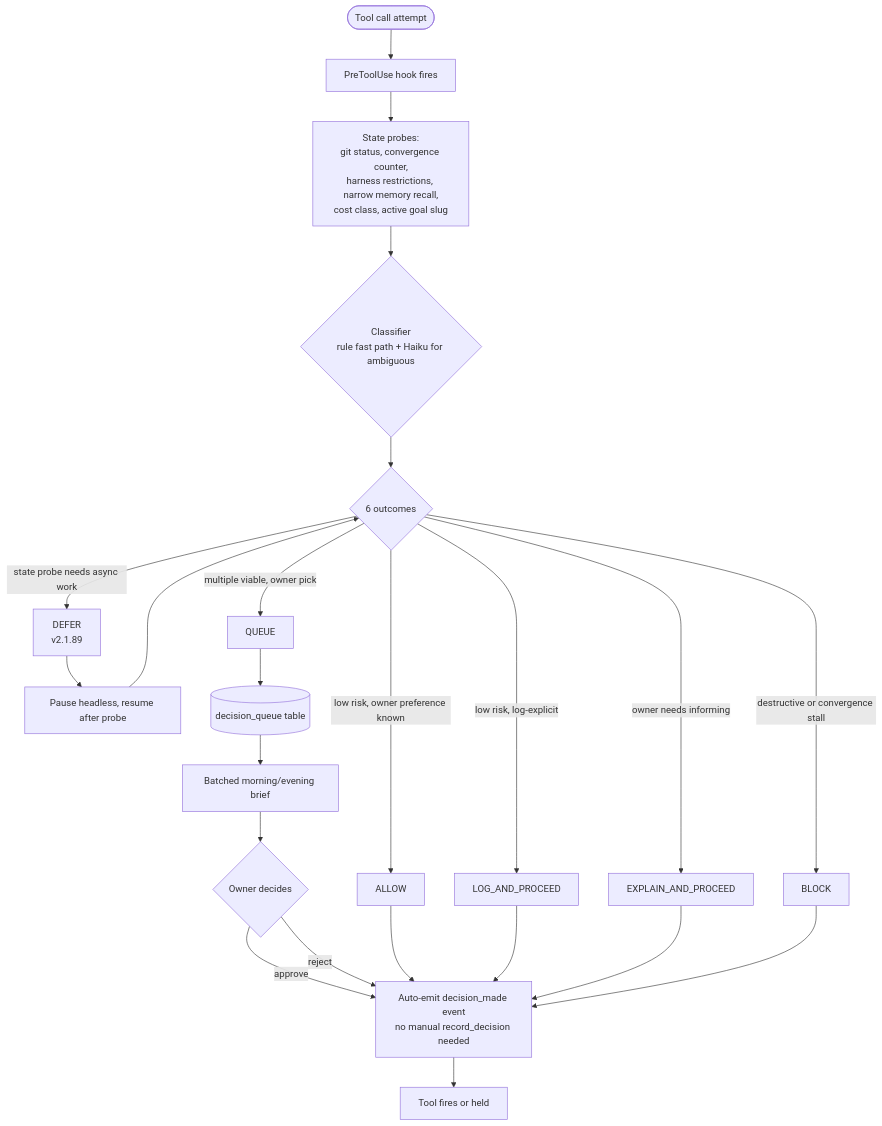
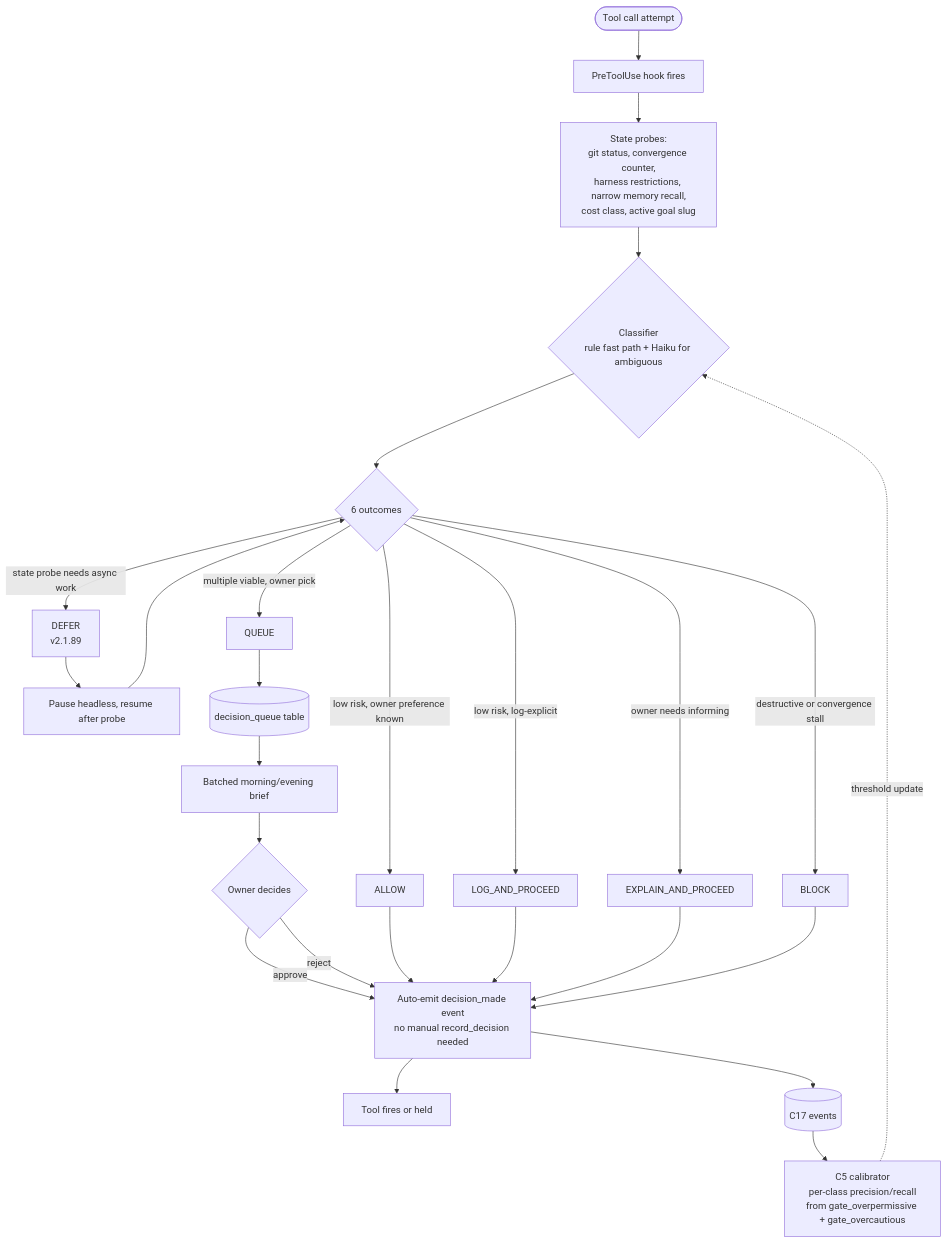
Before and after one commit to Osasuwu/jarvis: the third of 8 diagrams in docs/design/jarvis-flows.md, drawn with Mermaid. The commit also changed other lines of this file and 7 other files, not shown here.

````diff
--- a/docs/design/jarvis-flows.md
+++ b/docs/design/jarvis-flows.md
@@ -115,29 +127,32 @@
 ```mermaid
 flowchart TB
     start([Tool call attempt]) --> hook[PreToolUse hook fires]
     hook --> probes[State probes:<br/>git status, convergence counter,<br/>harness restrictions, narrow memory recall,<br/>cost class, active goal slug]
     probes --> classify{Classifier<br/>rule fast path + Haiku for ambiguous}
     classify --> outcome{6 outcomes}
 
     outcome -->|low risk, owner preference known| allow[ALLOW]
     outcome -->|low risk, log-explicit| log[LOG_AND_PROCEED]
     outcome -->|owner needs informing| explain[EXPLAIN_AND_PROCEED]
     outcome -->|state probe needs async work| defer[DEFER<br/>v2.1.89]
     outcome -->|multiple viable, owner pick| queue[QUEUE]
     outcome -->|destructive or convergence stall| block[BLOCK]
 
     defer --> resume[Pause headless, resume after probe] --> outcome
     queue --> qtbl[(decision_queue table)]
     qtbl --> brief[Batched morning/evening brief]
     brief --> ownerd{Owner decides}
     ownerd -->|approve| emit
     ownerd -->|reject| emit
 
     allow --> emit
     log --> emit
     explain --> emit
     block --> emit
 
     emit[Auto-emit decision_made event<br/>no manual record_decision needed]
     emit --> action[Tool fires or held]
+    emit --> events[(C17 events)]
+    events --> calib[C5 calibrator<br/>per-class precision/recall<br/>from gate_overpermissive + gate_overcautious]
+    calib -.->|threshold update| classify
 ```
````
